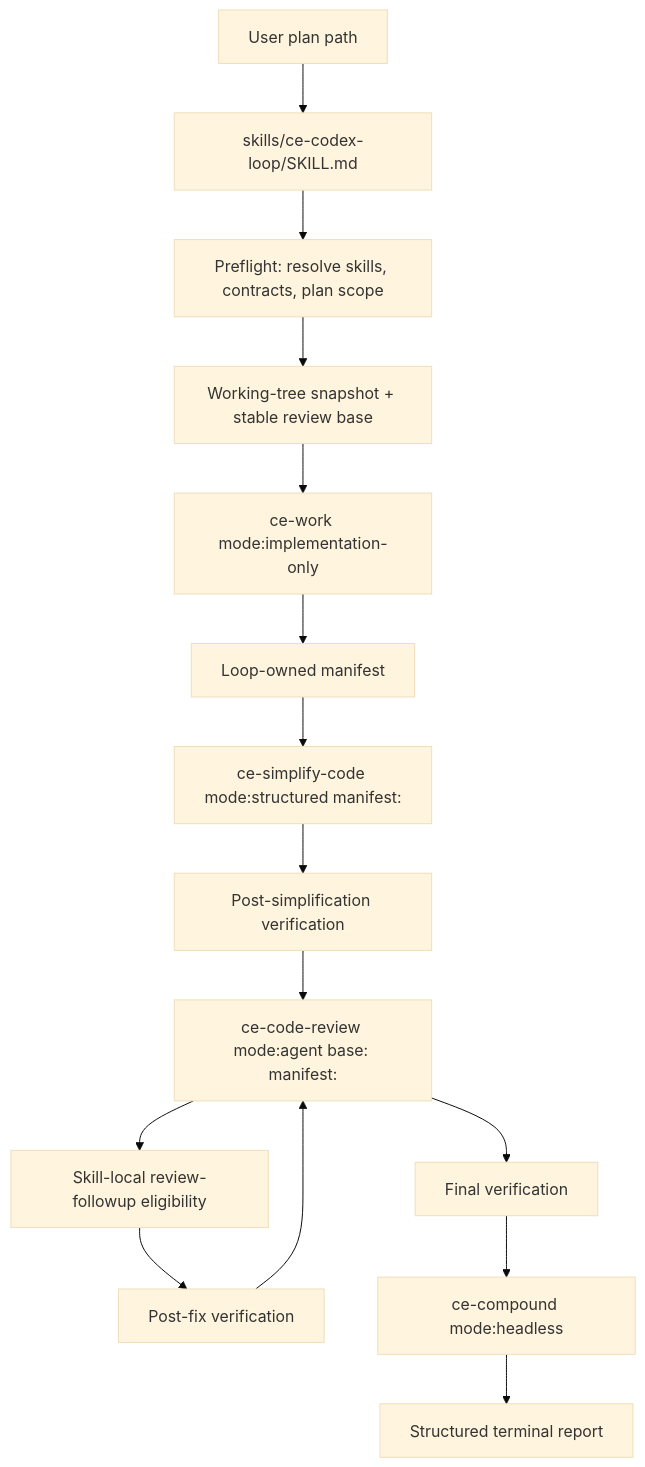
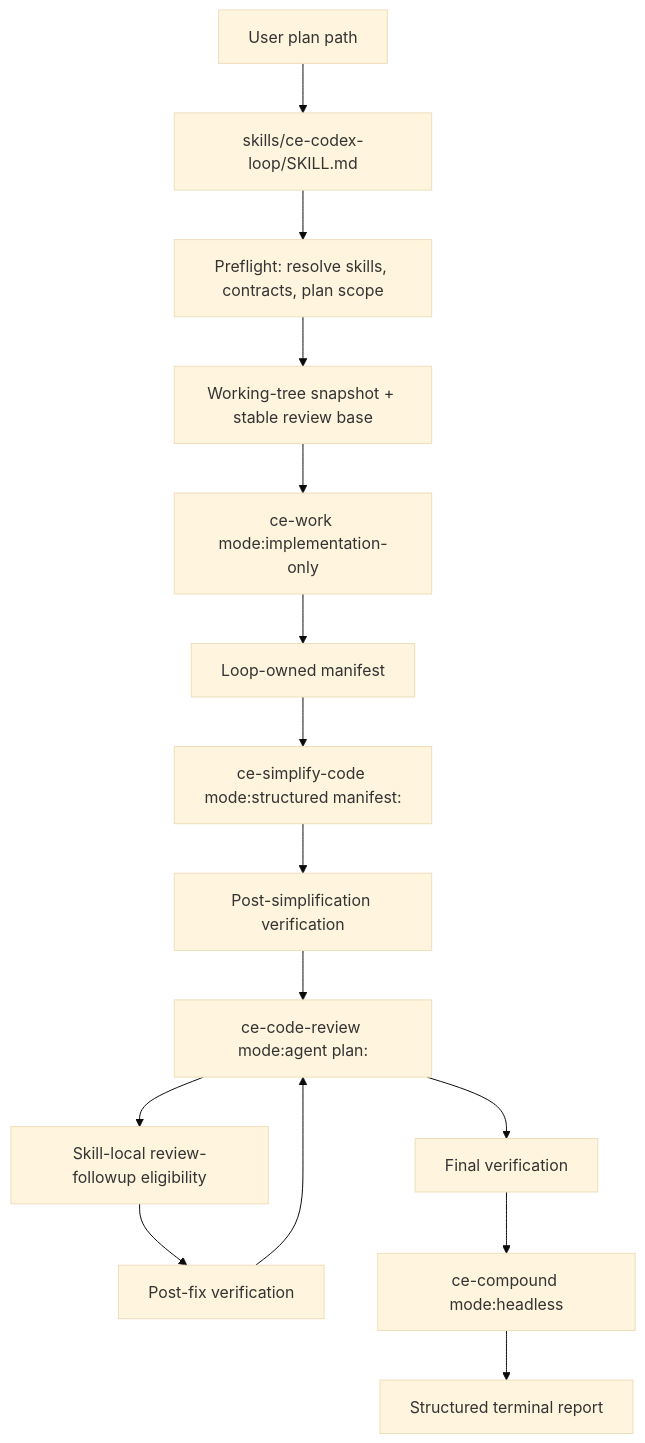
One commit to EveryInc/compound-engineering-plugin changed the first of 2 diagrams in docs/plans/2026-06-24-001-feat-ce-codex-loop-orchestrator-plan.md. Above: the diagram before and after it, drawn with Mermaid (base theme). The commit also changed other lines of this file and 16 other files, not shown here.

````diff
--- a/docs/plans/2026-06-24-001-feat-ce-codex-loop-orchestrator-plan.md
+++ b/docs/plans/2026-06-24-001-feat-ce-codex-loop-orchestrator-plan.md
@@ -74,17 +74,17 @@
 ```mermaid
 flowchart TB
   User["User plan path"] --> Loop["skills/ce-codex-loop/SKILL.md"]
   Loop --> Preflight["Preflight: resolve skills, contracts, plan scope"]
   Preflight --> Snapshot["Working-tree snapshot + stable review base"]
   Snapshot --> Work["ce-work mode:implementation-only"]
   Work --> Manifest1["Loop-owned manifest"]
   Manifest1 --> Simplify["ce-simplify-code mode:structured manifest:<path>"]
   Simplify --> Verify1["Post-simplification verification"]
-  Verify1 --> Review["ce-code-review mode:agent base:<ref> manifest:<path> run-id:<id>"]
+  Verify1 --> Review["ce-code-review mode:agent plan:<path> base:<ref> manifest:<path> run-id:<id>"]
   Review --> Followup["Skill-local review-followup eligibility"]
   Followup --> Verify2["Post-fix verification"]
   Verify2 --> Review
   Review --> FinalVerify["Final verification"]
   FinalVerify --> Compound["ce-compound mode:headless"]
   Compound --> Report["Structured terminal report"]
 ```
````
